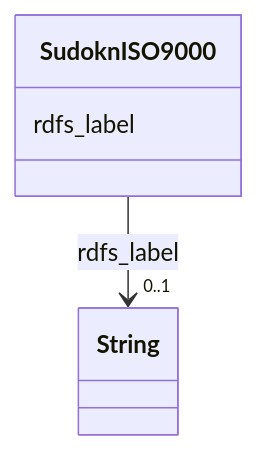
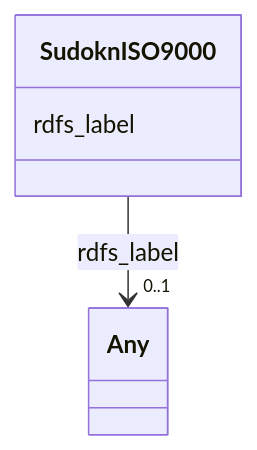
Before and after one commit to frink-okn/graph-descriptions: the diagram in sudokn-kg/classes/SudoknISO9000.md, drawn with Mermaid. The commit also changed other lines of this file and 903 other files, not shown here.

````diff
--- a/sudokn-kg/classes/SudoknISO9000.md
+++ b/sudokn-kg/classes/SudoknISO9000.md
@@ -23,15 +18,15 @@
 ```mermaid
  classDiagram
     class SudoknISO9000
     click SudoknISO9000 href "../SudoknISO9000"
       SudoknISO9000 : rdfs_label
         
           
     
     
-    SudoknISO9000 --> "0..1" String : rdfs_label
-    click String href "../String"
+    SudoknISO9000 --> "0..1" Any : rdfs_label
+    click Any href "../Any"
 
         
       
 ```
````
